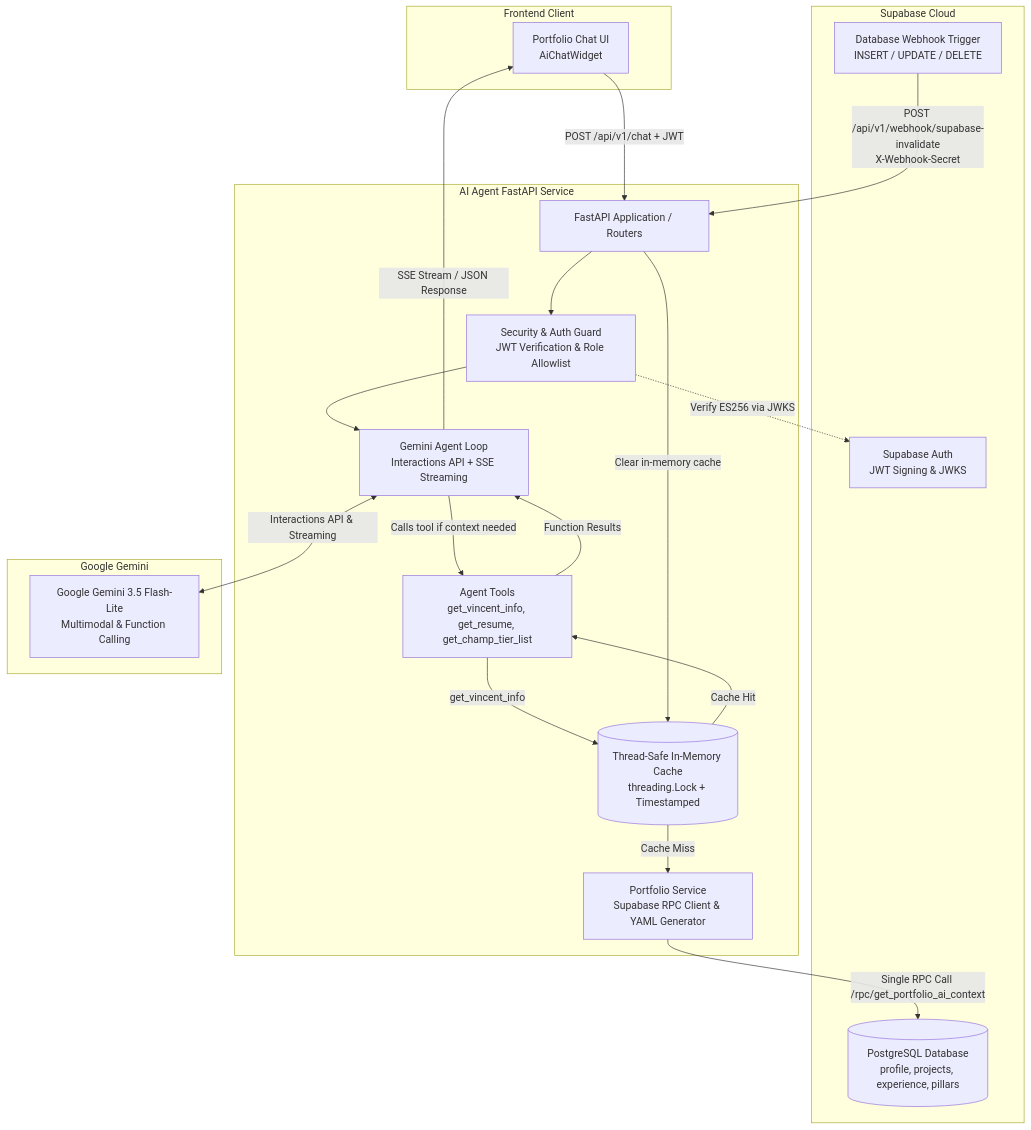
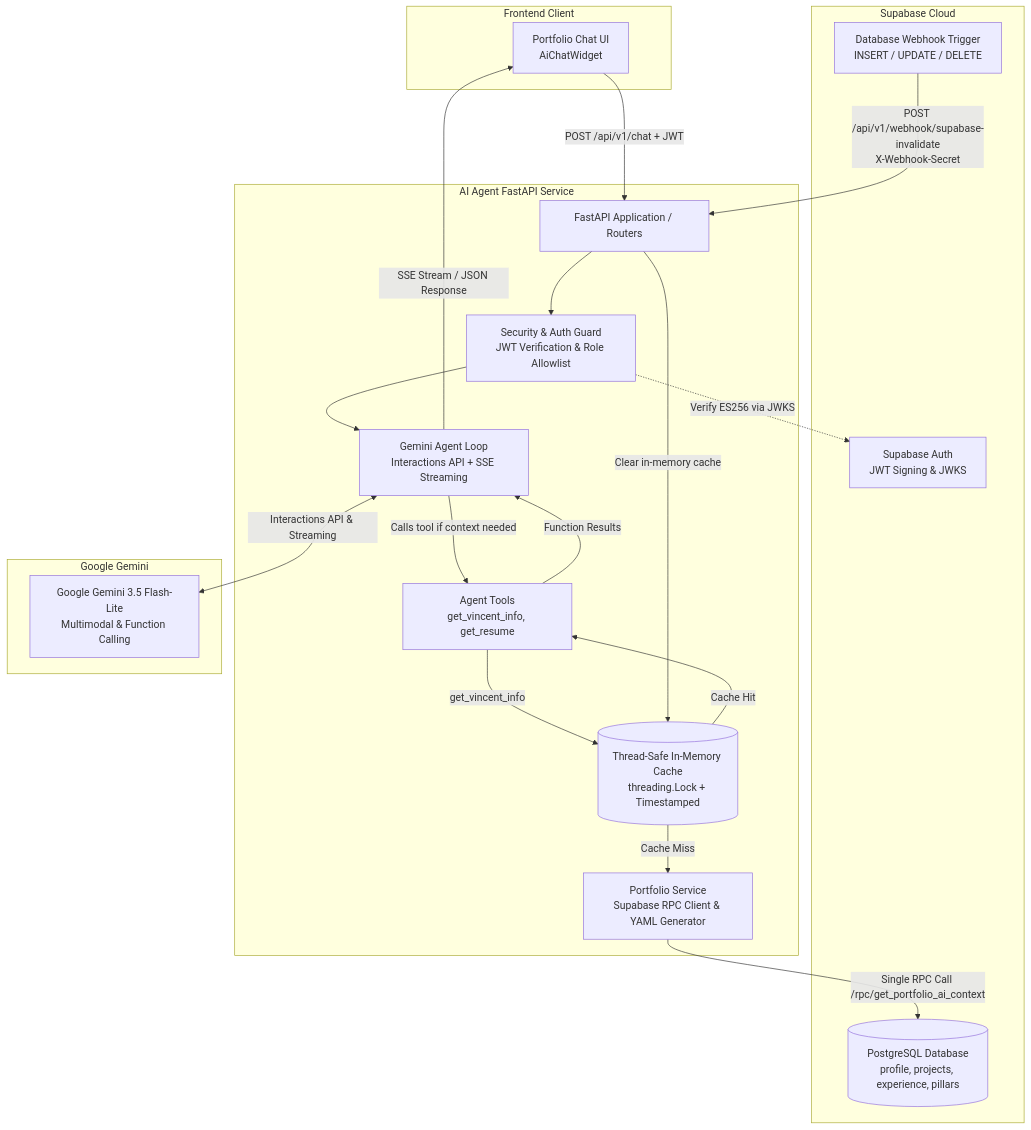
Before and after one commit to VincentYuann/AI-Agent: the diagram in README.md, drawn with Mermaid. The commit also changed other lines of this file and 5 other files, not shown here.

Commit message:
feat(tools): remove get_champ_tier_list tool, asset, and references

````diff
--- a/README.md
+++ b/README.md
@@ -9,43 +9,43 @@
 ```mermaid
 flowchart TD
     subgraph Frontend Client
         ChatUI[Portfolio Chat UI\nAiChatWidget]
     end
 
     subgraph Supabase Cloud
         SupaDB[(PostgreSQL Database\nprofile, projects, experience, pillars)]
         SupaAuth[Supabase Auth\nJWT Signing & JWKS]
         SupaWebhook[Database Webhook Trigger\nINSERT / UPDATE / DELETE]
     end
 
     subgraph AI Agent FastAPI Service
         Router[FastAPI Application / Routers]
         SecGuard[Security & Auth Guard\nJWT Verification & Role Allowlist]
         Cache[(Thread-Safe In-Memory Cache\nthreading.Lock + Timestamped)]
         PortService[Portfolio Service\nSupabase RPC Client & YAML Generator]
-        Tools[Agent Tools\nget_vincent_info, get_resume, get_champ_tier_list]
+        Tools[Agent Tools\nget_vincent_info, get_resume]
         AgentEngine[Gemini Agent Loop\nInteractions API + SSE Streaming]
     end
 
     subgraph Google Gemini
         Gemini[Google Gemini 3.5 Flash-Lite\nMultimodal & Function Calling]
     end
 
     ChatUI -->|POST /api/v1/chat + JWT| Router
     Router --> SecGuard
     SecGuard -.->|Verify ES256 via JWKS| SupaAuth
     SecGuard --> AgentEngine
 
     AgentEngine -->|Calls tool if context needed| Tools
     Tools -->|get_vincent_info| Cache
     Cache -->|Cache Miss| PortService
     PortService -->|Single RPC Call /rpc/get_portfolio_ai_context| SupaDB
     Cache -->|Cache Hit| Tools
 
     Tools -->|Function Results| AgentEngine
     AgentEngine <-->|Interactions API & Streaming| Gemini
     AgentEngine -->|SSE Stream / JSON Response| ChatUI
 
     SupaWebhook -->|POST /api/v1/webhook/supabase-invalidate\nX-Webhook-Secret| Router
     Router -->|Clear in-memory cache| Cache
 ```
````
